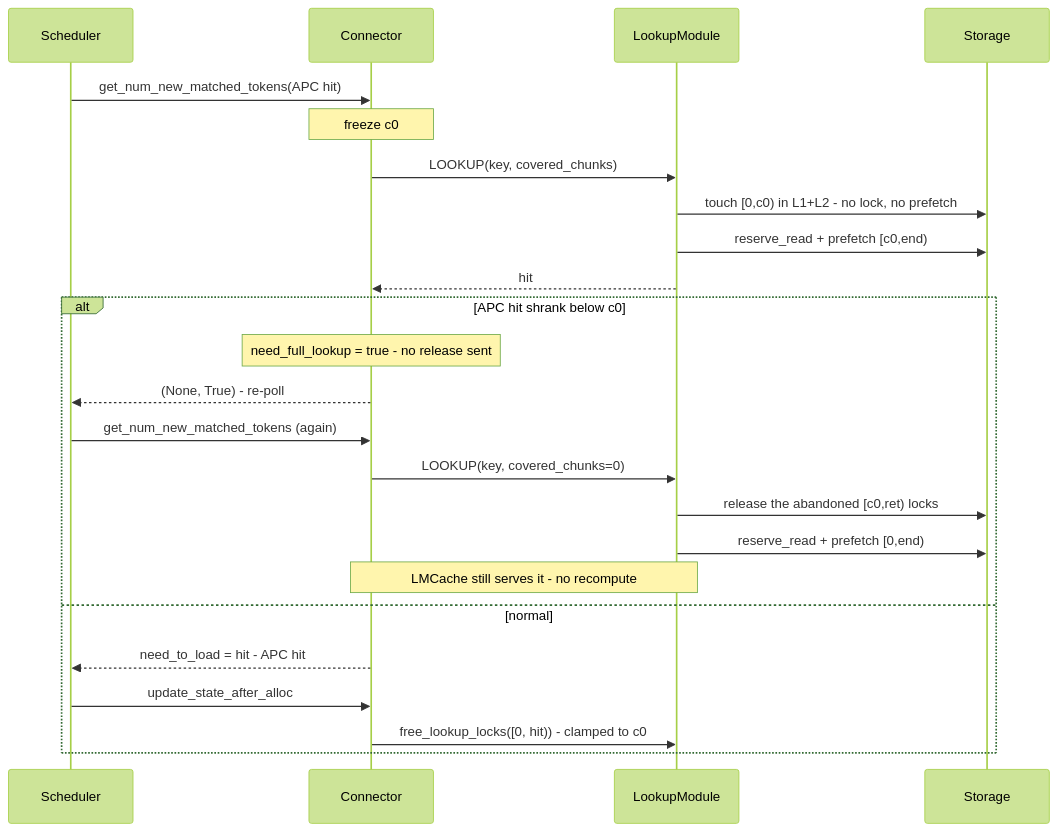
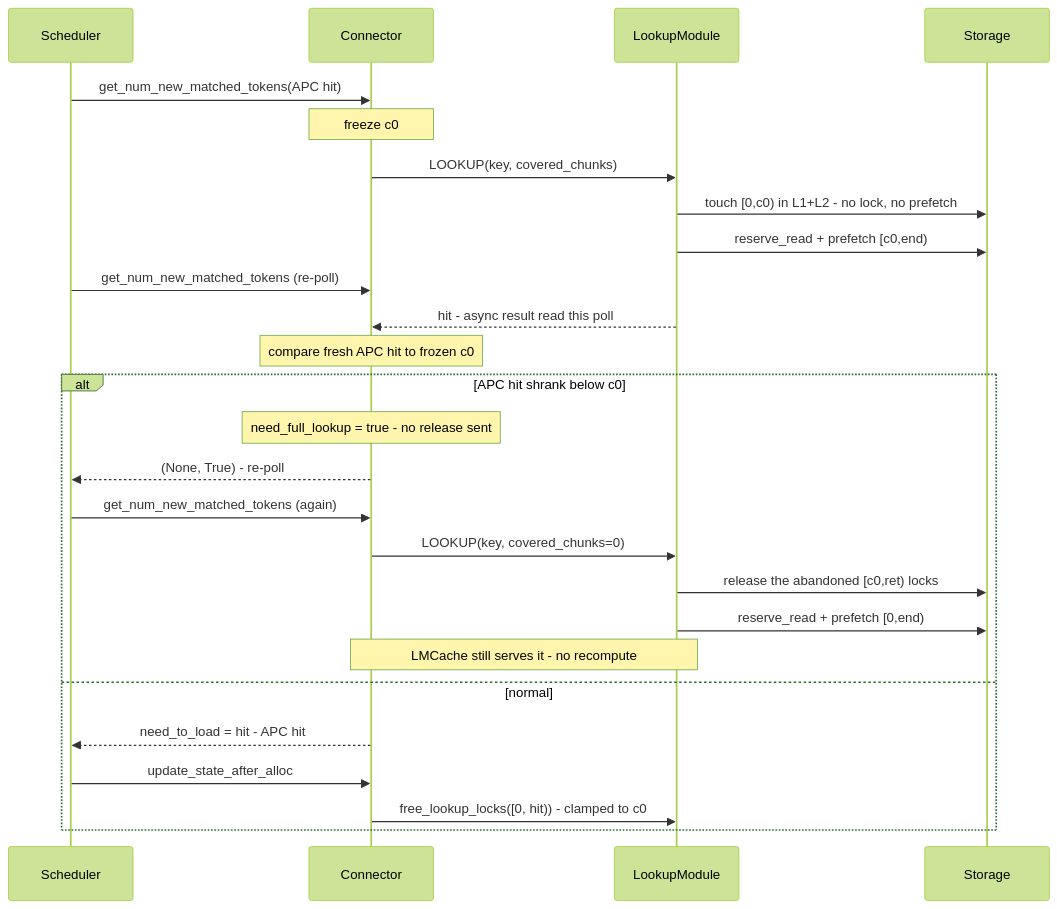
Before and after one commit to LMCache/LMCache: the diagram in docs/design/v1/multiprocess/modules/apc_covered_lookup.md, drawn with Mermaid (forest theme).

Commit message:
[Doc] Show the shrink is detected on a re-poll of get_num_new_matched_tokens

````diff
--- a/docs/design/v1/multiprocess/modules/apc_covered_lookup.md
+++ b/docs/design/v1/multiprocess/modules/apc_covered_lookup.md
@@ -86,28 +86,30 @@
 ```mermaid
 sequenceDiagram
     participant S as Scheduler
     participant C as Connector
     participant L as LookupModule
     participant SM as Storage
 
     S->>C: get_num_new_matched_tokens(APC hit)
     Note over C: freeze c0
     C->>L: LOOKUP(key, covered_chunks)
     L->>SM: touch [0,c0) in L1+L2 - no lock, no prefetch
     L->>SM: reserve_read + prefetch [c0,end)
-    L-->>C: hit
 
+    S->>C: get_num_new_matched_tokens (re-poll)
+    L-->>C: hit - async result read this poll
+    Note over C: compare fresh APC hit to frozen c0
     alt APC hit shrank below c0
         Note over C: need_full_lookup = true - no release sent
         C-->>S: (None, True) - re-poll
         S->>C: get_num_new_matched_tokens (again)
         C->>L: LOOKUP(key, covered_chunks=0)
         L->>SM: release the abandoned [c0,ret) locks
         L->>SM: reserve_read + prefetch [0,end)
         Note over C,L: LMCache still serves it - no recompute
     else normal
         C-->>S: need_to_load = hit - APC hit
         S->>C: update_state_after_alloc
         C->>L: free_lookup_locks([0, hit)) - clamped to c0
     end
 ```
````
